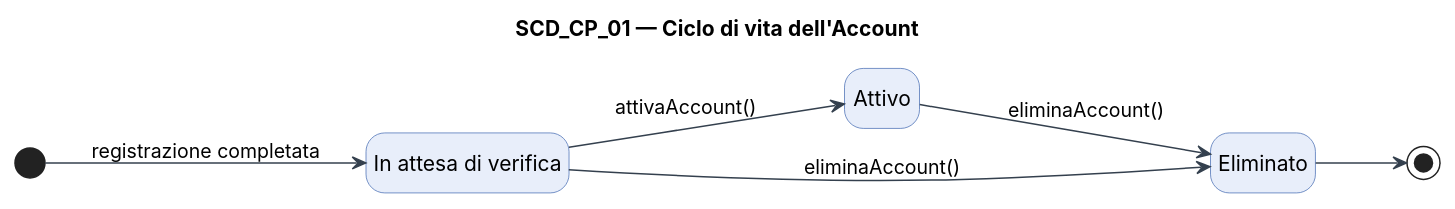
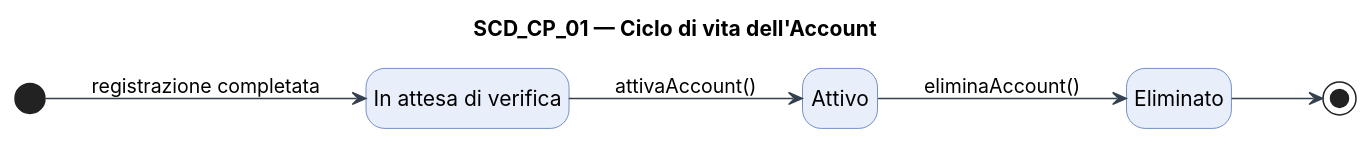
Before and after one commit to CarPool-C03/CarPool: the diagram in docs/modelli/SCD_CP_01_Ciclo_vita_Account.puml, drawn with PlantUML. The commit also changed 7 other files, not shown here.

```diff
--- a/docs/modelli/SCD_CP_01_Ciclo_vita_Account.puml
+++ b/docs/modelli/SCD_CP_01_Ciclo_vita_Account.puml
@@ -1,28 +1,27 @@
 @startuml SCD_CP_01
 ' SCD_CP_01 — Ciclo di vita dell'Account
 ' Autori: Giovanni Scarico, Vladyslav Maslov
 skinparam shadowing false
 skinparam defaultFontName Inter
 skinparam state {
   BackgroundColor #E8EEFA
   BorderColor #4A6FB5
   ArrowColor #34404E
 }
 skinparam note {
   BackgroundColor #FFF8DC
   BorderColor #C9A227
 }
 hide empty description
 left to right direction
 title SCD_CP_01 — Ciclo di vita dell'Account
 
 state "In attesa di verifica" as InAttesaDiVerifica
 state "Attivo" as Attivo
 state "Eliminato" as Eliminato
 
 [*] --> InAttesaDiVerifica : registrazione completata
 InAttesaDiVerifica --> Attivo : attivaAccount()
 Attivo --> Eliminato : eliminaAccount()
-InAttesaDiVerifica --> Eliminato : eliminaAccount()
 Eliminato --> [*]
 @enduml
```
